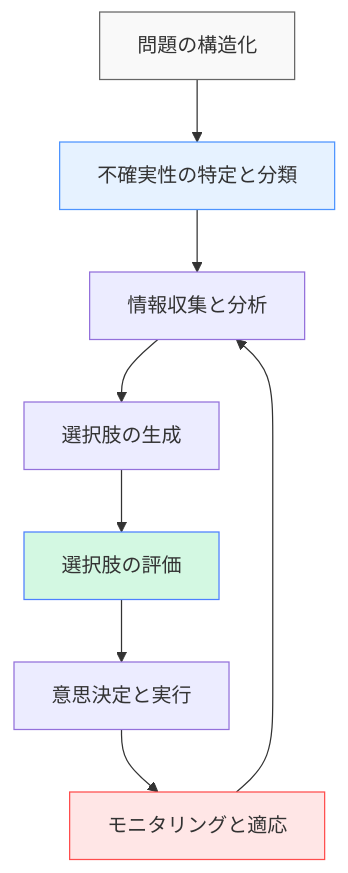
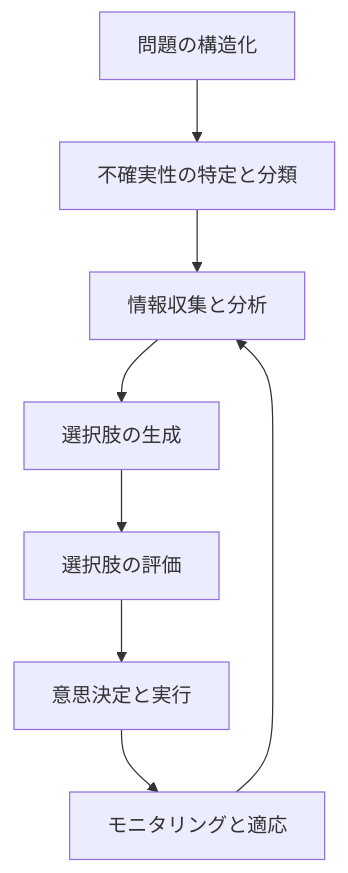
Before and after one commit to shuji-bonji/Situational-Awareness-and-Decision-Making: the fourth of 9 diagrams in docs/decision-making-guide/uncertainty.md, drawn with Mermaid. The commit also changed other lines of this file and 49 other files, not shown here.

Commit message:
fix: ダークモードで見づらい図の色の変更

````diff
--- a/docs/decision-making-guide/uncertainty.md
+++ b/docs/decision-making-guide/uncertainty.md
@@ -184,15 +184,15 @@
     ```mermaid
     graph TD
         A[問題の構造化] --> B[不確実性の特定と分類]
         B --> C[情報収集と分析]
         C --> D[選択肢の生成]
         D --> E[選択肢の評価]
         E --> F[意思決定と実行]
         F --> G[モニタリングと適応]
         G --> C
         
-        style A fill:#f9f9f9,stroke:#666
-        style B fill:#e6f2ff,stroke:#4d94ff
-        style E fill:#d3f8e2,stroke:#4d7fff
-        style G fill:#ffe6e6,stroke:#ff4d4d
+    
+    
+    
+    
     ```
````
